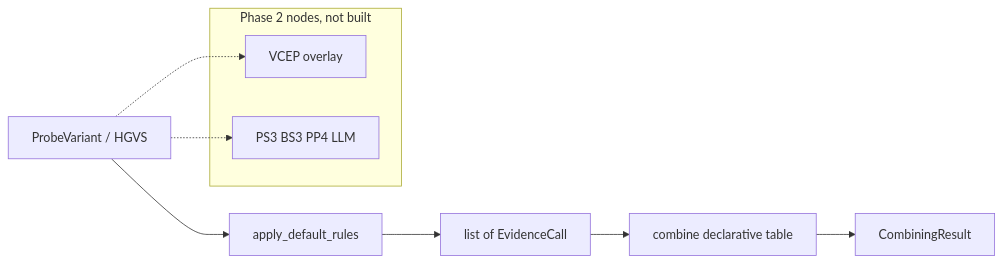
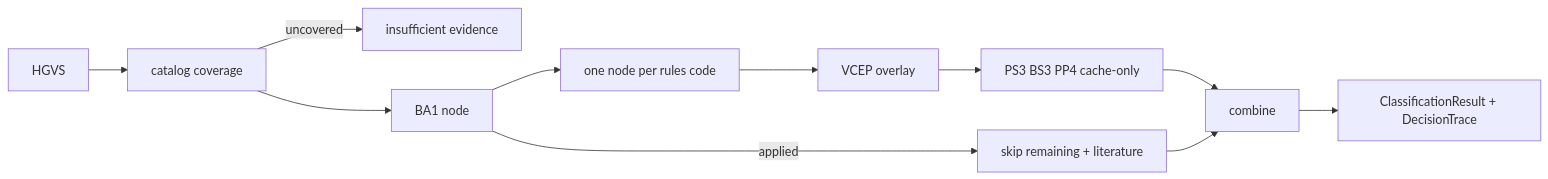
One commit to TechieGoku2623/acmg-triage changed the diagram in README.md. Above: the diagram before and after it, drawn with Mermaid. The commit also changed other lines of this file and 30 other files, not shown here.

First line of the commit message:
Implement Phase 1-3 classify graph, VCEP overlay, and demo.

````diff
--- a/README.md
+++ b/README.md
@@ -161,13 +242,13 @@
 ```mermaid
 flowchart LR
-    variant[ProbeVariant / HGVS] --> rules[apply_default_rules]
-    rules --> calls[list of EvidenceCall]
-    calls --> combine[combine declarative table]
-    combine --> trail[CombiningResult]
-    subgraph later [Phase 2 nodes, not built]
-      vcep[VCEP overlay]
-      lit[PS3 BS3 PP4 LLM]
-    end
-    variant -.-> vcep
-    variant -.-> lit
+    hgvs[HGVS] --> catalog[catalog coverage]
+    catalog -->|uncovered| refuse[insufficient evidence]
+    catalog --> ba1[BA1 node]
+    ba1 -->|applied| skip[skip remaining + literature]
+    ba1 --> rules[one node per rules code]
+    rules --> vcep[VCEP overlay]
+    vcep --> lit[PS3 BS3 PP4 cache-only]
+    lit --> combine[combine]
+    skip --> combine
+    combine --> trail[ClassificationResult + DecisionTrace]
 ```
````
